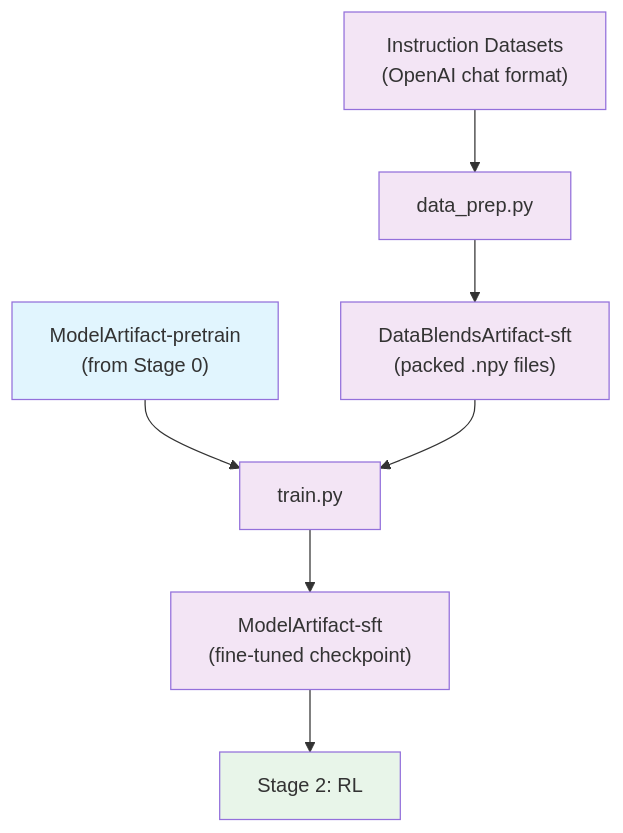
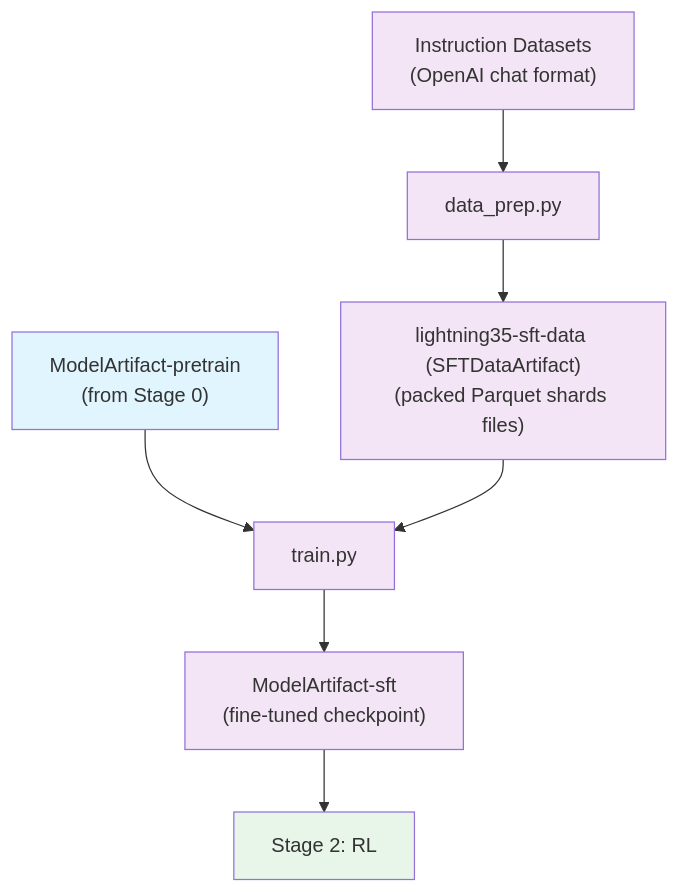
One commit to NVIDIA-NeMo/Nemotron changed the diagram in src/nemotron/recipes/lightning35/stage1_sft/README.md. Above: the diagram before and after it, drawn with Mermaid. The commit also changed other lines of this file and 37 other files, not shown here.

````diff
--- a/src/nemotron/recipes/lightning35/stage1_sft/README.md
+++ b/src/nemotron/recipes/lightning35/stage1_sft/README.md
@@ -230,17 +230,17 @@
 ```mermaid
 flowchart TB
     prev["ModelArtifact-pretrain<br/>(from Stage 0)"] --> train
     inst["Instruction Datasets<br/>(OpenAI chat format)"] --> dp["data_prep.py"]
-    dp --> data["DataBlendsArtifact-sft<br/>(packed .npy files)"]
+    dp --> data["lightning35-sft-data (SFTDataArtifact)<br/>(packed Parquet shards files)"]
     data --> train["train.py"]
     train --> model["ModelArtifact-sft<br/>(fine-tuned checkpoint)"]
     model --> next["Stage 2: RL"]
 
     style prev fill:#e1f5fe
     style inst fill:#f3e5f5
     style dp fill:#f3e5f5
     style data fill:#f3e5f5
     style train fill:#f3e5f5
     style model fill:#f3e5f5
     style next fill:#e8f5e9
 ```
````
